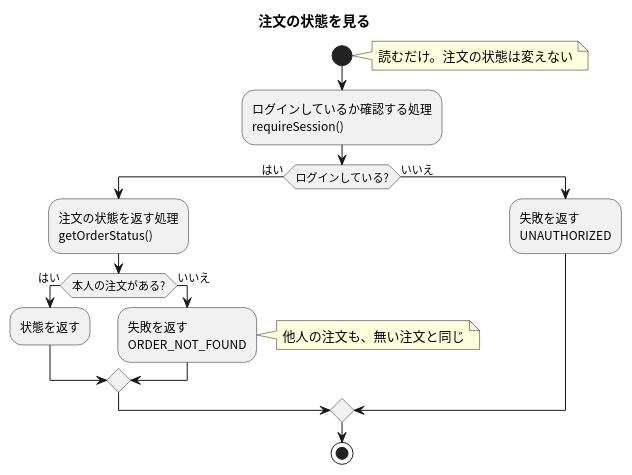
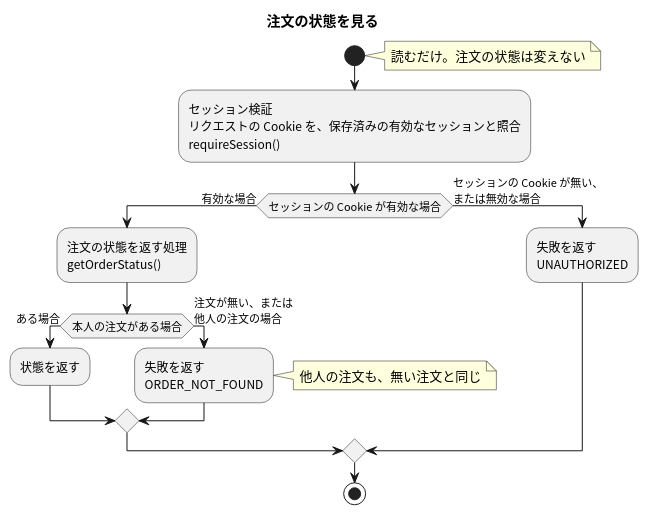
The diagram in apis/get-order/flow.puml (masamasamasato/design-doc-template), drawn with PlantUML before and after one commit. The commit also changed 113 other files, not shown here.

```diff
--- a/apis/get-order/flow.puml
+++ b/apis/get-order/flow.puml
@@ -3,23 +3,23 @@
 @startuml
 skinparam shadowing false
 skinparam defaultFontName "Noto Sans CJK JP"
 skinparam ActivityFontName "Noto Sans CJK JP"
 
 title 注文の状態を見る
 
 start
 note right: 読むだけ。注文の状態は変えない
-:ログインしているか確認する処理\nrequireSession();
-if (ログインしている?) then (はい)
+:セッション検証\nリクエストの Cookie を、保存済みの有効なセッションと照合\nrequireSession();
+if (セッションの Cookie が有効な場合) then (有効な場合)
   :注文の状態を返す処理\ngetOrderStatus();
-  if (本人の注文がある?) then (はい)
+  if (本人の注文がある場合) then (ある場合)
     :状態を返す;
-  else (いいえ)
+  else (注文が無い、または\n他人の注文の場合)
     :失敗を返す\nORDER_NOT_FOUND;
     note right: 他人の注文も、無い注文と同じ
   endif
-else (いいえ)
+else (セッションの Cookie が無い、\nまたは無効な場合)
   :失敗を返す\nUNAUTHORIZED;
 endif
 stop
 @enduml
```
